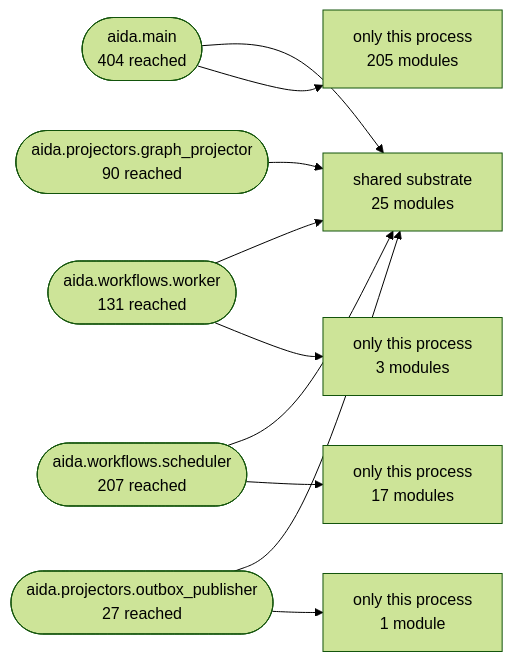
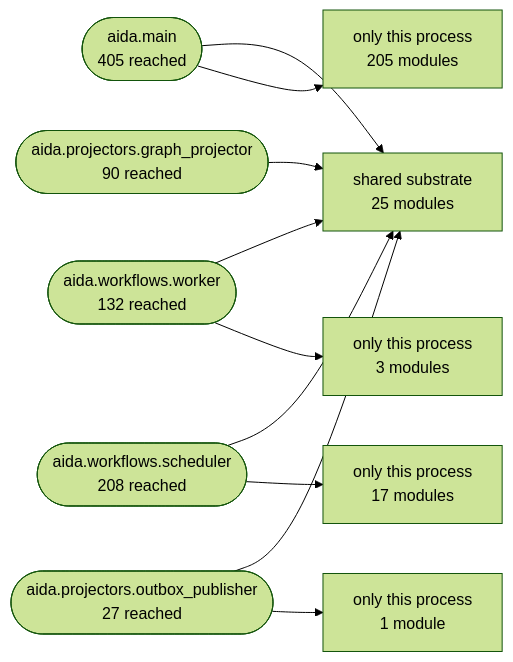
One commit to karuppusamym/AIDataAnalyst changed the second of 3 diagrams in Docs/10-architecture/14-generated-architecture-map.md. Above: the diagram before and after it, drawn with Mermaid (forest theme). The commit also changed other lines of this file and 8 other files, not shown here.

````diff
--- a/Docs/10-architecture/14-generated-architecture-map.md
+++ b/Docs/10-architecture/14-generated-architecture-map.md
@@ -178,22 +178,22 @@
 ```mermaid
 graph LR
   shared["shared substrate<br/>25 modules"]
-  aida_main(["aida.main<br/>404 reached"])
-  aida_workflows_worker(["aida.workflows.worker<br/>131 reached"])
-  aida_workflows_scheduler(["aida.workflows.scheduler<br/>207 reached"])
+  aida_main(["aida.main<br/>405 reached"])
+  aida_workflows_worker(["aida.workflows.worker<br/>132 reached"])
+  aida_workflows_scheduler(["aida.workflows.scheduler<br/>208 reached"])
   aida_projectors_graph_projector(["aida.projectors.graph_projector<br/>90 reached"])
   aida_projectors_outbox_publisher(["aida.projectors.outbox_publisher<br/>27 reached"])
   aida_main --> shared
   only_aida_main["only this process<br/>205 modules"]
   aida_main --> only_aida_main
   aida_workflows_worker --> shared
   only_aida_workflows_worker["only this process<br/>3 modules"]
   aida_workflows_worker --> only_aida_workflows_worker
   aida_workflows_scheduler --> shared
   only_aida_workflows_scheduler["only this process<br/>17 modules"]
   aida_workflows_scheduler --> only_aida_workflows_scheduler
   aida_projectors_graph_projector --> shared
   aida_projectors_outbox_publisher --> shared
   only_aida_projectors_outbox_publisher["only this process<br/>1 module"]
   aida_projectors_outbox_publisher --> only_aida_projectors_outbox_publisher
 ```
````
